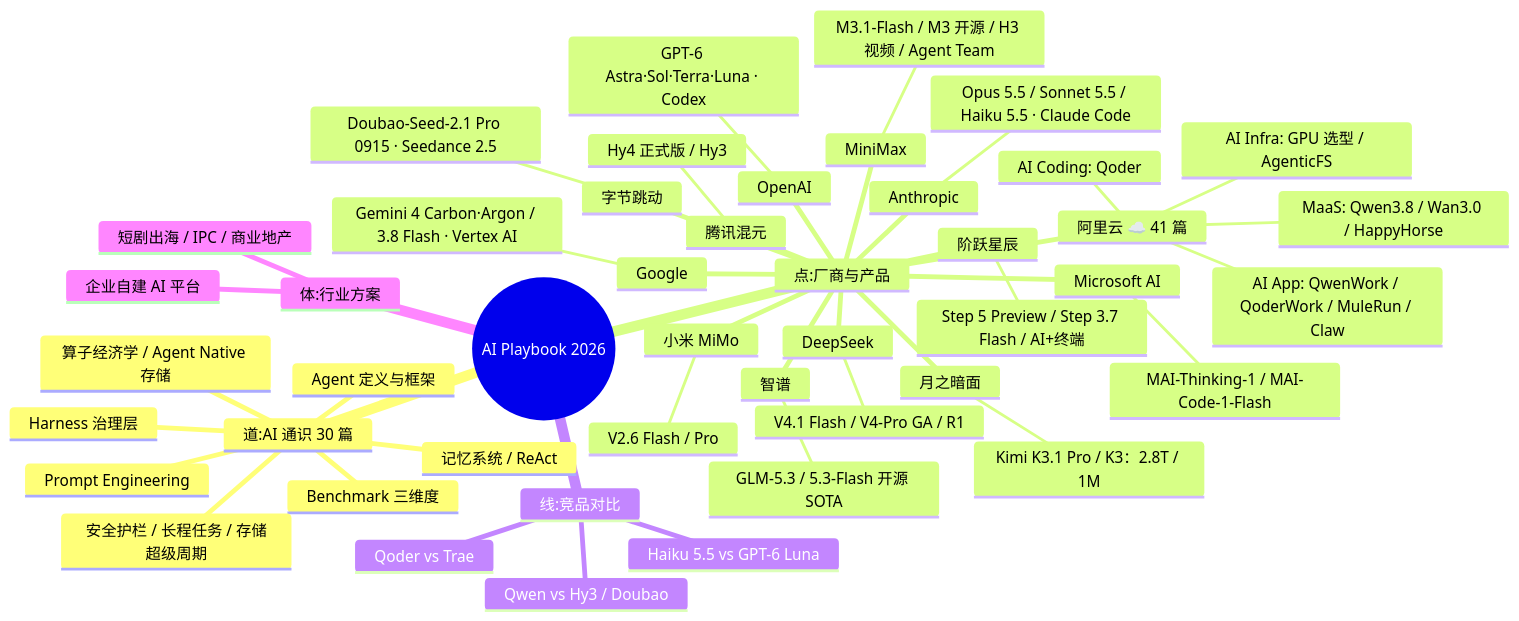
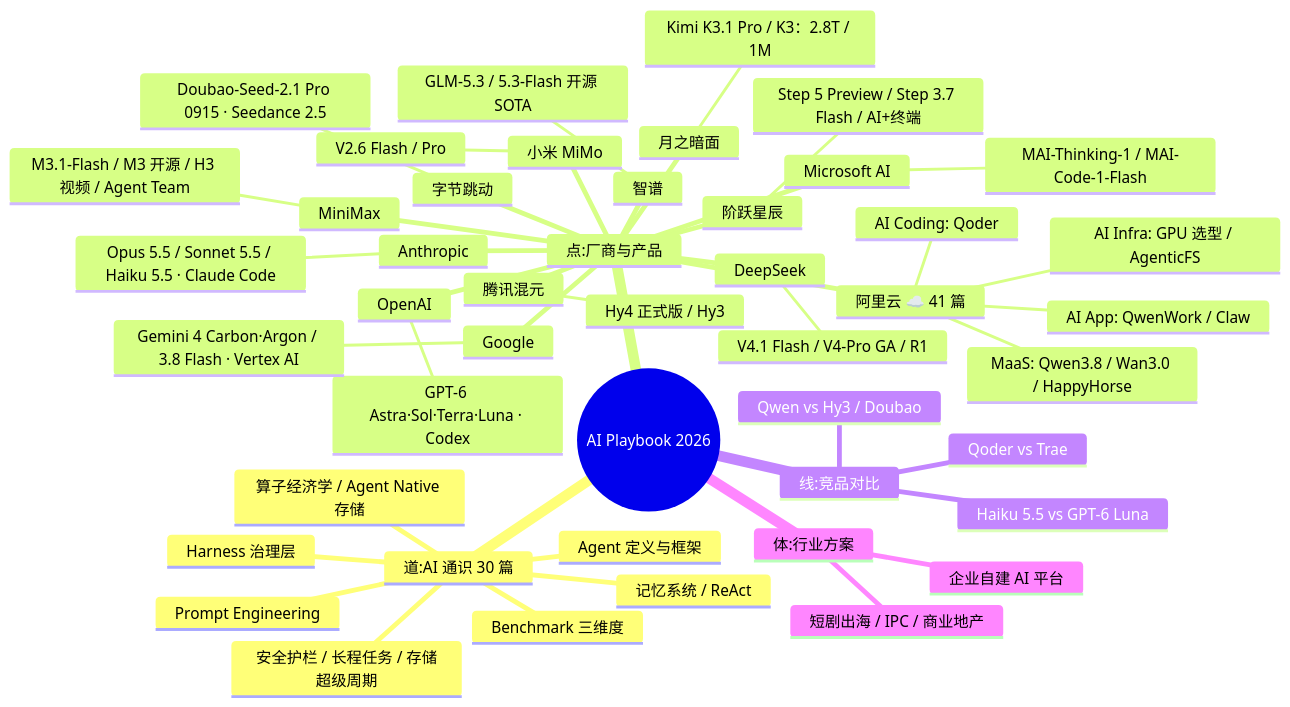
The first of 2 diagrams in README.md (EthanNiWorld/ai-playbook-2026), drawn with Mermaid before and after one commit. The commit also changed other lines of this file and 8 other files, not shown here.

````diff
--- a/README.md
+++ b/README.md
@@ -151,49 +153,49 @@
 ```mermaid
 mindmap
   root((AI Playbook 2026))
     道:AI 通识 30 篇
       Agent 定义与框架
       Harness 治理层
       Prompt Engineering
       Benchmark 三维度
       记忆系统 / ReAct
       安全护栏 / 长程任务 / 存储超级周期
       算子经济学 / Agent Native 存储
     点:厂商与产品
       阿里云 ☁️ 41 篇
         MaaS: Qwen3.8 / Wan3.0 / HappyHorse
         AI Coding: Qoder
-        AI App: QwenWork / QoderWork / MuleRun / Claw
+        AI App: QwenWork / Claw
         AI Infra: GPU 选型 / AgenticFS
       Anthropic
         Opus 5.5 / Sonnet 5.5 / Haiku 5.5 · Claude Code
       OpenAI
         GPT-6 Astra·Sol·Terra·Luna · Codex
       Google
         Gemini 4 Carbon·Argon / 3.8 Flash · Vertex AI
       Microsoft AI
         MAI-Thinking-1 / MAI-Code-1-Flash
       DeepSeek
         V4.1 Flash / V4-Pro GA / R1
       智谱
         GLM-5.3 / 5.3-Flash 开源 SOTA
       月之暗面
         Kimi K3.1 Pro / K3：2.8T / 1M
       MiniMax
         M3.1-Flash / M3 开源 / H3 视频 / Agent Team
       字节跳动
         Doubao-Seed-2.1 Pro 0915 · Seedance 2.5
       腾讯混元
         Hy4 正式版 / Hy3
       小米 MiMo
         V2.6 Flash / Pro
       阶跃星辰
         Step 5 Preview / Step 3.7 Flash / AI+终端
     线:竞品对比
       Qoder vs Trae
       Qwen vs Hy3 / Doubao
       Haiku 5.5 vs GPT-6 Luna
     体:行业方案
       企业自建 AI 平台
       短剧出海 / IPC / 商业地产
 ```
````
